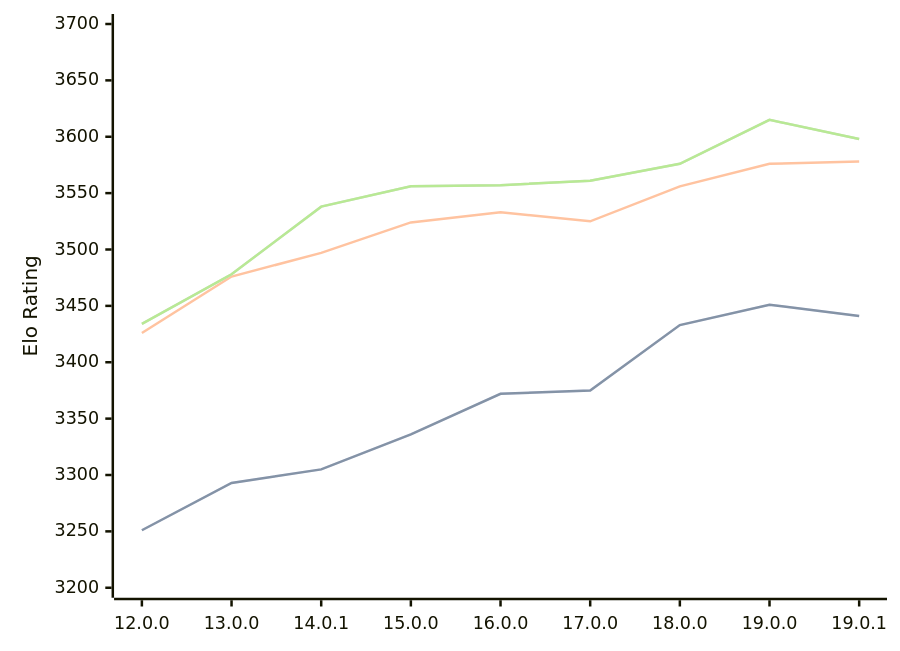
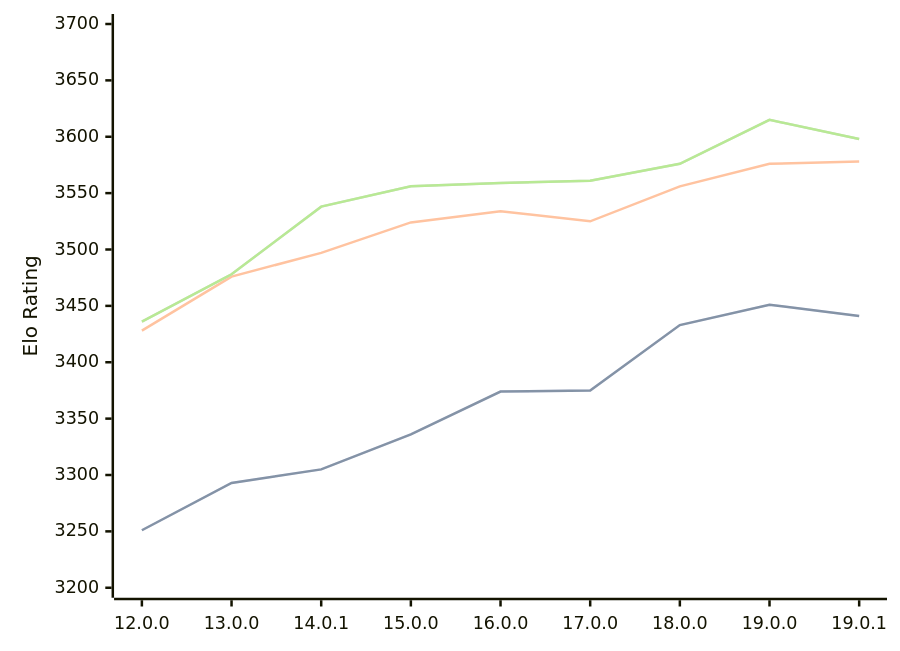
The diagram in engines/Viridithas.md (computer-chess-index/cci), drawn with Mermaid before and after one commit. The commit also changed other lines of this file, not shown here.

Commit message:
Update CCI Ratings (ELO VLTC) - 2026-02-26

````diff
--- a/engines/Viridithas.md
+++ b/engines/Viridithas.md
@@ -61,11 +61,11 @@
 ```mermaid
 %%{init: {"theme":"base","themeVariables":{"seriesColors:['#a3a3a3','#222221','#faa371']}}}%%
 xychart-beta
   x-axis ["12.0.0", "13.0.0", "14.0.1", "15.0.0", "16.0.0", "17.0.0", "18.0.0", "19.0.0", "19.0.1"]
   y-axis "Elo Rating" 3200 --> 3700
-  line "STC (8.0+0.08s)" [3251, 3293, 3305, 3336, 3372, 3375, 3433, 3451, 3441]
-  line "STC (8.0+0.08s)" [3251, 3293, 3305, 3336, 3372, 3375, 3433, 3451, 3441]
-  line "LTC (60.0+0.60s)" [3426, 3476, 3497, 3524, 3533, 3525, 3556, 3576, 3578]
-  line "VLTC (2m24s+1.12s)" [3434, 3478, 3538, 3556, 3557, 3561, 3576, 3615, 3598]
-  line "VLTC (2m24s+1.12s)" [3434, 3478, 3538, 3556, 3557, 3561, 3576, 3615, 3598]
+  line "STC (8.0+0.08s)" [3251, 3293, 3305, 3336, 3374, 3375, 3433, 3451, 3441]
+  line "STC (8.0+0.08s)" [3251, 3293, 3305, 3336, 3374, 3375, 3433, 3451, 3441]
+  line "LTC (60.0+0.60s)" [3428, 3476, 3497, 3524, 3534, 3525, 3556, 3576, 3578]
+  line "VLTC (2m24s+1.12s)" [3436, 3478, 3538, 3556, 3559, 3561, 3576, 3615, 3598]
+  line "VLTC (2m24s+1.12s)" [3436, 3478, 3538, 3556, 3559, 3561, 3576, 3615, 3598]
 ```
````
